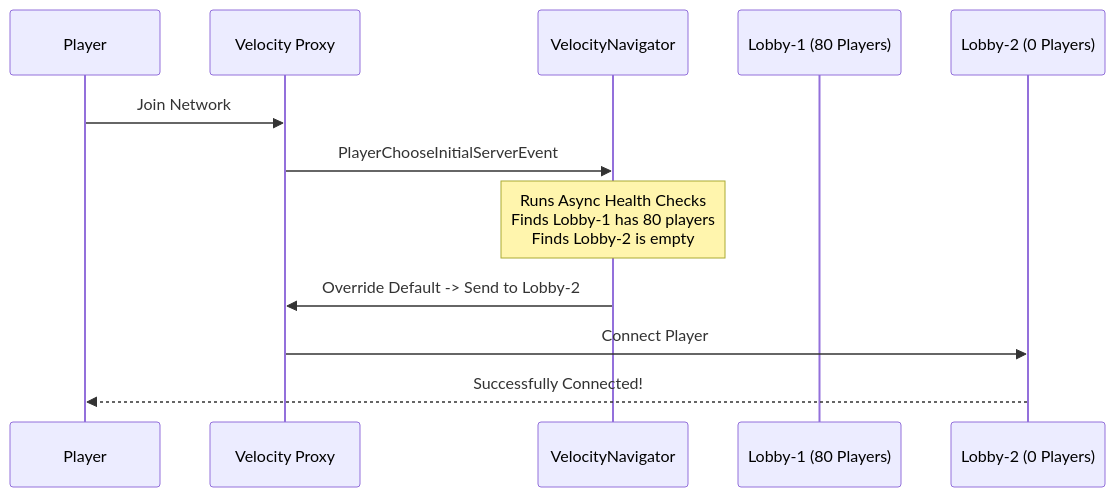
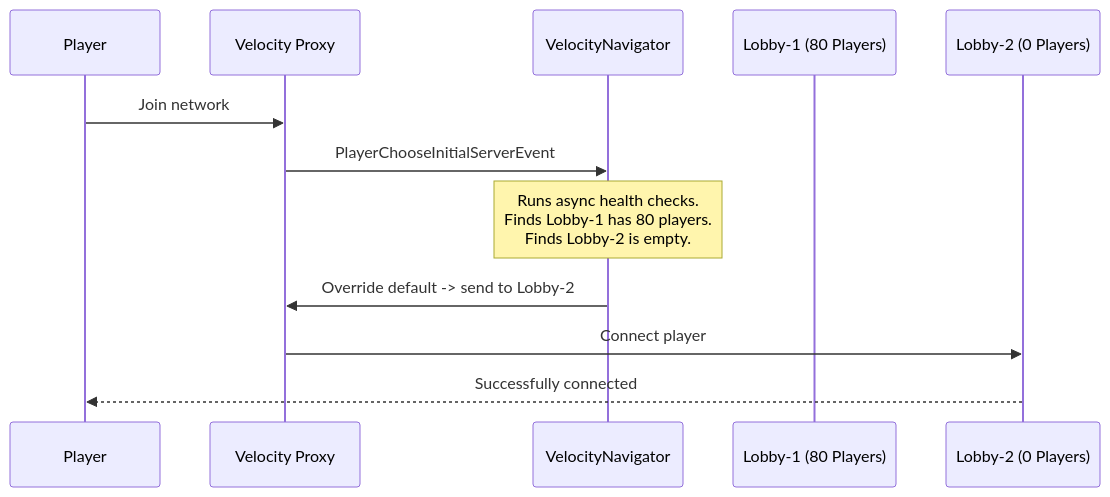
One commit to DemonZ-Development/VelocityNavigator changed the diagram in wiki/Initial-Join-Balancing.md. Above: the diagram before and after it, drawn with Mermaid. The commit also changed other lines of this file and 336 other files, not shown here.

````diff
--- a/wiki/Initial-Join-Balancing.md
+++ b/wiki/Initial-Join-Balancing.md
@@ -24,15 +24,15 @@
 ```mermaid
 sequenceDiagram
     participant Player
     participant Proxy as Velocity Proxy
     participant VN as VelocityNavigator
     participant L1 as Lobby-1 (80 Players)
     participant L2 as Lobby-2 (0 Players)
 
-    Player->>Proxy: Join Network
+    Player->>Proxy: Join network
     Proxy->>VN: PlayerChooseInitialServerEvent
-    Note over VN: Runs Async Health Checks<br/>Finds Lobby-1 has 80 players<br/>Finds Lobby-2 is empty
-    VN->>Proxy: Override Default -> Send to Lobby-2
-    Proxy->>L2: Connect Player
-    L2-->>Player: Successfully Connected!
+    Note over VN: Runs async health checks.<br/>Finds Lobby-1 has 80 players.<br/>Finds Lobby-2 is empty.
+    VN->>Proxy: Override default -> send to Lobby-2
+    Proxy->>L2: Connect player
+    L2-->>Player: Successfully connected
 ```
````
